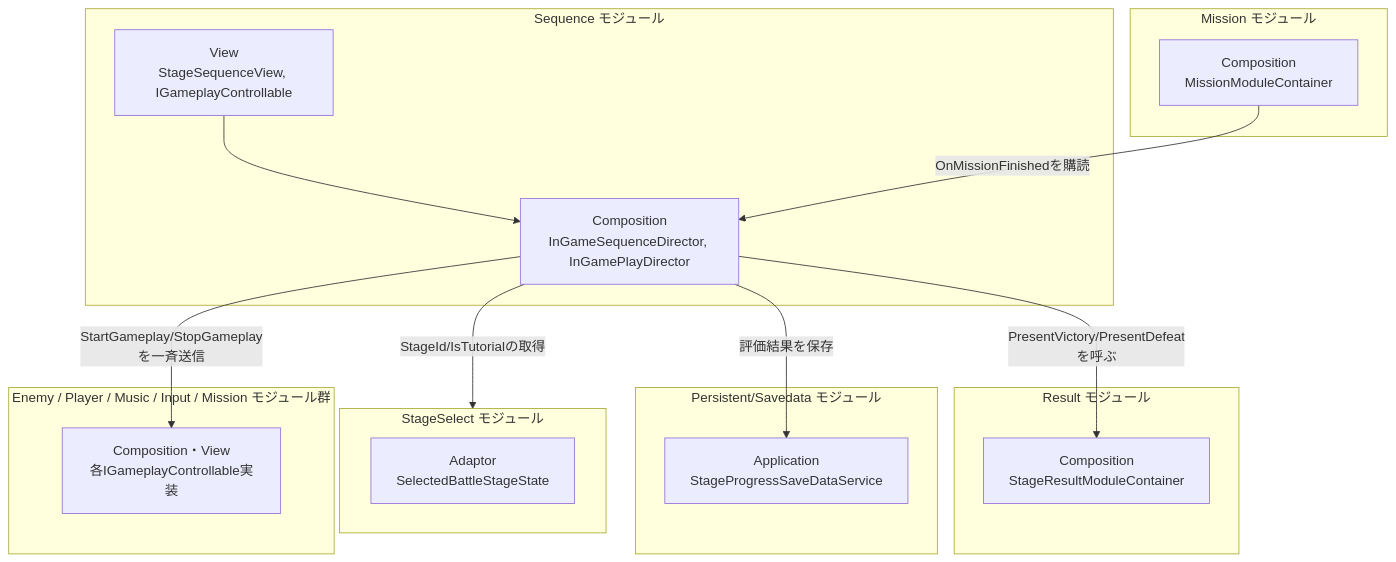
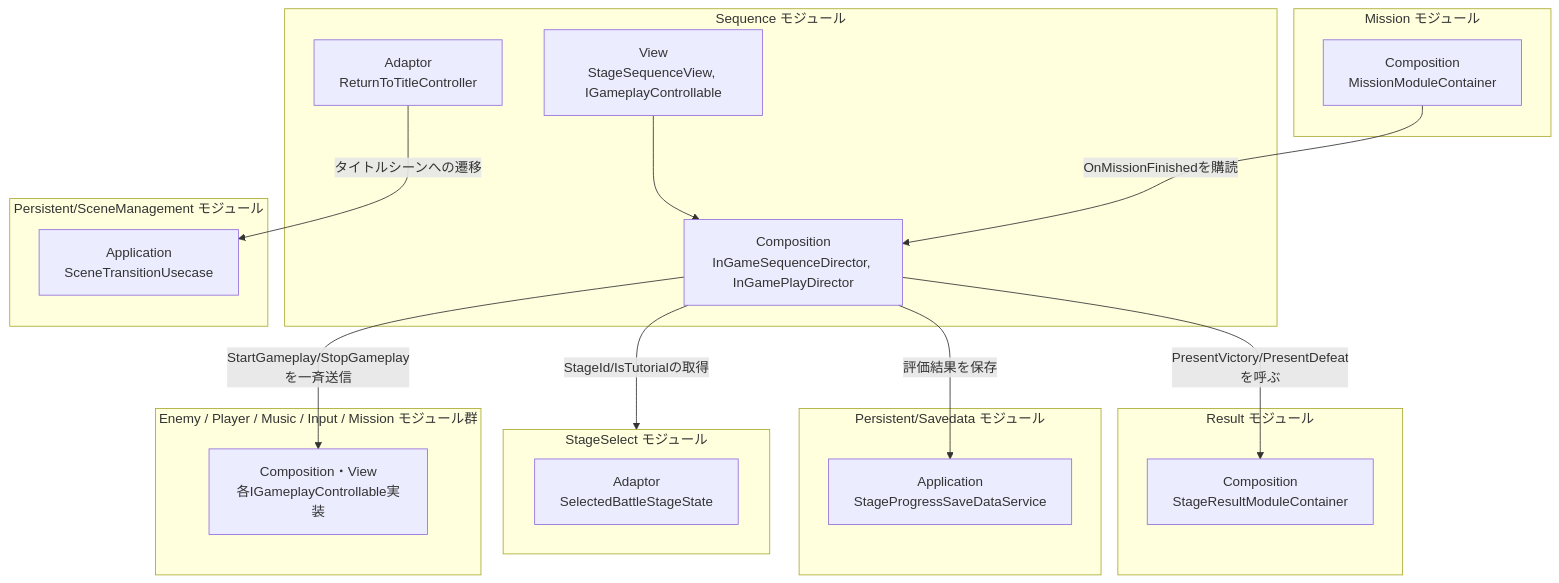
One commit to HIBIKI5201/SymphonyKillChord changed the first of 4 diagrams in Assets/Docs/ScriptsDocs/Modules/NotionModuleDocs/Sequence.md. Above: the diagram before and after it, drawn with Mermaid. The commit also changed other lines of this file and 17 other files, not shown here.

````diff
--- a/Assets/Docs/ScriptsDocs/Modules/NotionModuleDocs/Sequence.md
+++ b/Assets/Docs/ScriptsDocs/Modules/NotionModuleDocs/Sequence.md
@@ -45,36 +45,42 @@
 ```mermaid
 graph TD
     %% 定義 (接続のないレイヤーは省略)
     subgraph SequenceModule [Sequence モジュール]
+        SQ_Adaptor["Adaptor<br>ReturnToTitleController"]
         SQ_View["View<br>StageSequenceView, IGameplayControllable"]
         SQ_Composition["Composition<br>InGameSequenceDirector, InGamePlayDirector"]
         SQ_View --> SQ_Composition
     end
 
     subgraph MissionModule [Mission モジュール]
         MS_Composition["Composition<br>MissionModuleContainer"]
     end
 
     subgraph ResultModule [Result モジュール]
         R_Composition["Composition<br>StageResultModuleContainer"]
     end
 
     subgraph SavedataModule [Persistent/Savedata モジュール]
         SD_App["Application<br>StageProgressSaveDataService"]
     end
 
     subgraph StageSelectModule [StageSelect モジュール]
         SS_Adaptor["Adaptor<br>SelectedBattleStageState"]
     end
 
+    subgraph SceneManagementModule [Persistent/SceneManagement モジュール]
+        SM_App["Application<br>SceneTransitionUsecase"]
+    end
+
     subgraph OtherGameplayModules [Enemy / Player / Music / Input / Mission モジュール群]
         OG_Various["Composition・View<br>各IGameplayControllable実装"]
     end
 
     %% 依存関係
     MS_Composition -->|"OnMissionFinishedを購読"| SQ_Composition
     SQ_Composition -->|"評価結果を保存"| SD_App
     SQ_Composition -->|"StageId/IsTutorialの取得"| StageSelectModule
     SQ_Composition -->|"PresentVictory/PresentDefeatを呼ぶ"| R_Composition
     SQ_Composition -->|"StartGameplay/StopGameplayを一斉送信"| OG_Various
+    SQ_Adaptor -->|"タイトルシーンへの遷移"| SM_App
 ```
````
